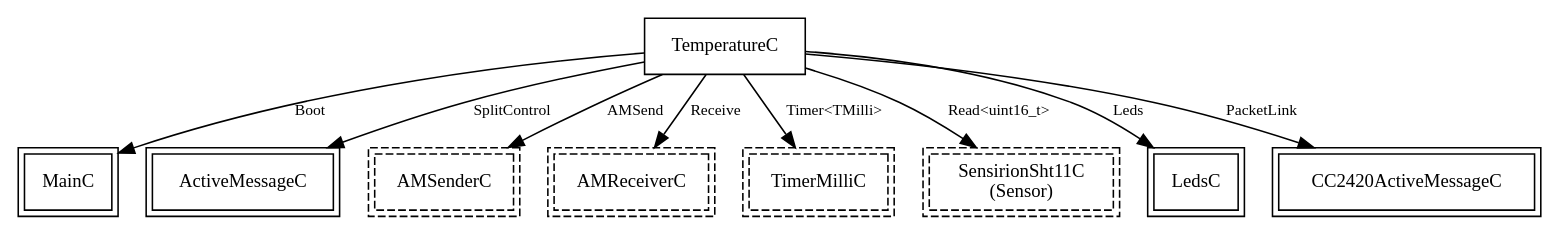
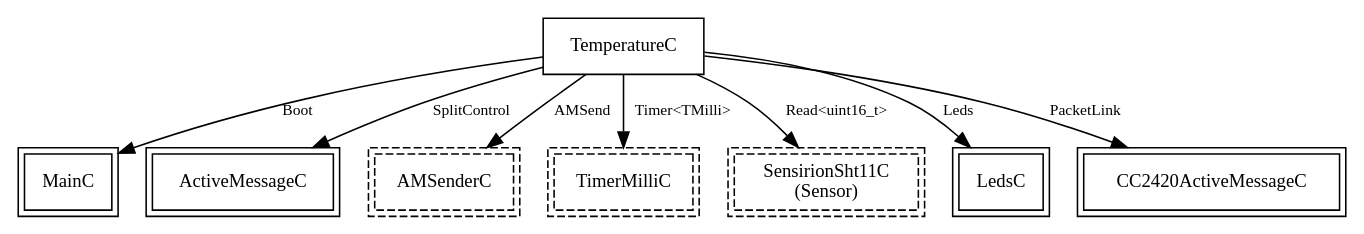
One commit to wsne/Project-Latex changed the diagram in TemperatureAppC.dot. Above: the diagram before and after it, drawn with Graphviz.

Commit message:
Removed the receiver parts from the diagram

```diff
--- a/TemperatureAppC.dot
+++ b/TemperatureAppC.dot
@@ -1,26 +1,24 @@
 digraph "TemperatureAppC" {
   "TemperatureC" [fontsize=12, shape=box, URL="../chtml/TemperatureC.html"];
   "MainC" [fontsize=12, shape=box,peripheries=2, URL="../chtml/tos.system.MainC.html"];
   "TemperatureC" [fontsize=12, shape=box, URL="../chtml/TemperatureC.html"];
   "ActiveMessageC" [fontsize=12, shape=box,peripheries=2, URL="../chtml/tos.platforms.telosa.ActiveMessageC.html"];
   "TemperatureC" [fontsize=12, shape=box, URL="../chtml/TemperatureC.html"];
   "TemperatureAppC.AMSenderC" [fontsize=12, shape=box,peripheries=2, style=dashed, label="AMSenderC", URL="../chtml/tos.system.AMSenderC.html"];
   "TemperatureC" [fontsize=12, shape=box, URL="../chtml/TemperatureC.html"];
-  "TemperatureAppC.AMReceiverC" [fontsize=12, shape=box,peripheries=2, style=dashed, label="AMReceiverC", URL="../chtml/tos.system.AMReceiverC.html"];
   "TemperatureC" [fontsize=12, shape=box, URL="../chtml/TemperatureC.html"];
   "TemperatureAppC.TimerMilliC" [fontsize=12, shape=box,peripheries=2, style=dashed, label="TimerMilliC", URL="../chtml/tos.system.TimerMilliC.html"];
   "TemperatureC" [fontsize=12, shape=box, URL="../chtml/TemperatureC.html"];
   "TemperatureAppC.Sensor" [fontsize=12, shape=box,peripheries=2, style=dashed, label="SensirionSht11C\n(Sensor)", URL="../chtml/tos.platforms.telosa.chips.sht11.SensirionSht11C.html"];
   "TemperatureC" [fontsize=12, shape=box, URL="../chtml/TemperatureC.html"];
   "LedsC" [fontsize=12, shape=box,peripheries=2, URL="../chtml/tos.system.LedsC.html"];
   "TemperatureC" [fontsize=12, shape=box, URL="../chtml/TemperatureC.html"];
   "CC2420ActiveMessageC" [fontsize=12, shape=box,peripheries=2, URL="../chtml/tos.chips.cc2420.CC2420ActiveMessageC.html"];
   "TemperatureC" -> "MainC" [label="Boot", URL="../ihtml/tos.interfaces.Boot.html", fontsize=10];
   "TemperatureC" -> "ActiveMessageC" [label="SplitControl", URL="../ihtml/tos.interfaces.SplitControl.html", fontsize=10];
   "TemperatureC" -> "TemperatureAppC.AMSenderC" [label="AMSend", URL="../ihtml/tos.interfaces.AMSend.html", fontsize=10];
-  "TemperatureC" -> "TemperatureAppC.AMReceiverC" [label="Receive", URL="../ihtml/tos.interfaces.Receive.html", fontsize=10];
   "TemperatureC" -> "TemperatureAppC.TimerMilliC" [label="Timer<TMilli>", URL="../ihtml/tos.lib.timer.Timer.html", fontsize=10];
   "TemperatureC" -> "TemperatureAppC.Sensor" [label="Read<uint16_t>", URL="../ihtml/tos.interfaces.Read.html", fontsize=10];
   "TemperatureC" -> "LedsC" [label="Leds", URL="../ihtml/tos.interfaces.Leds.html", fontsize=10];
   "TemperatureC" -> "CC2420ActiveMessageC" [label="PacketLink", URL="../ihtml/tos.interfaces.PacketLink.html", fontsize=10];
 }
```
